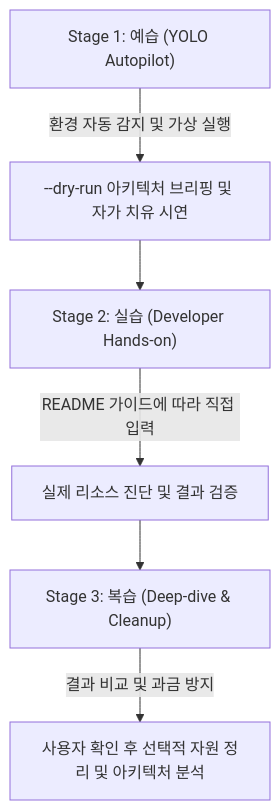
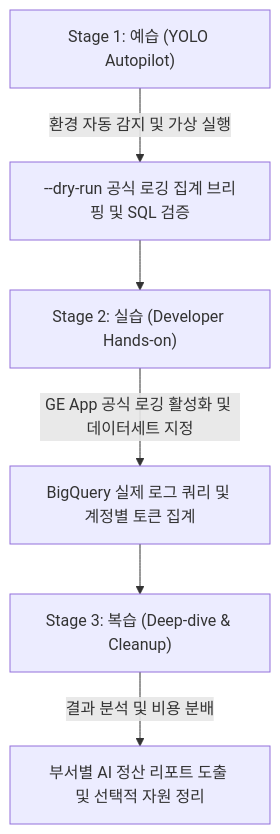
Before and after one commit to jiangjun-forge/google-cloud-0-to-1: the diagram in .agents/skills/gemini-enterprise-usage-by-account/SKILL.md, drawn with Mermaid. The commit also changed other lines of this file and 6 other files, not shown here.

````diff
--- a/.agents/skills/gemini-enterprise-usage-by-account/SKILL.md
+++ b/.agents/skills/gemini-enterprise-usage-by-account/SKILL.md
@@ -35,8 +35,8 @@
 ```mermaid
 flowchart TD
-    A["Stage 1: 예습 (YOLO Autopilot)"] -->|환경 자동 감지 및 가상 실행| B["--dry-run 아키텍처 브리핑 및 자가 치유 시연"]
+    A["Stage 1: 예습 (YOLO Autopilot)"] -->|환경 자동 감지 및 가상 실행| B["--dry-run 공식 로깅 집계 브리핑 및 SQL 검증"]
     B --> C["Stage 2: 실습 (Developer Hands-on)"]
-    C -->|README 가이드에 따라 직접 입력| D["실제 리소스 진단 및 결과 검증"]
+    C -->|GE App 공식 로깅 활성화 및 데이터세트 지정| D["BigQuery 실제 로그 쿼리 및 계정별 토큰 집계"]
     D --> E["Stage 3: 복습 (Deep-dive & Cleanup)"]
-    E -->|결과 비교 및 과금 방지| F["사용자 확인 후 선택적 자원 정리 및 아키텍처 분석"]
+    E -->|결과 분석 및 비용 분배| F["부서별 AI 정산 리포트 도출 및 선택적 자원 정리"]
 ```
````
